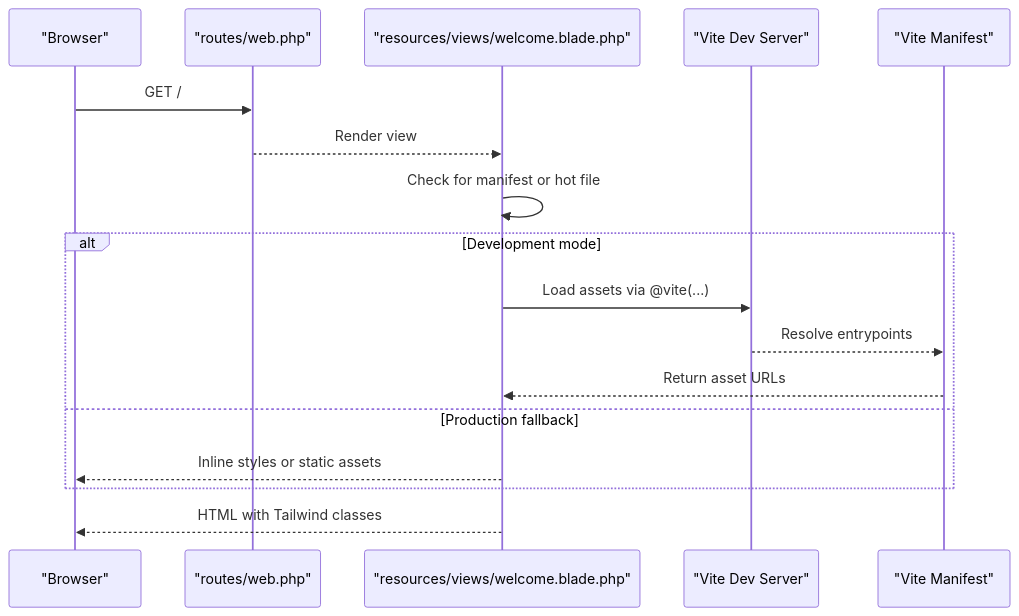
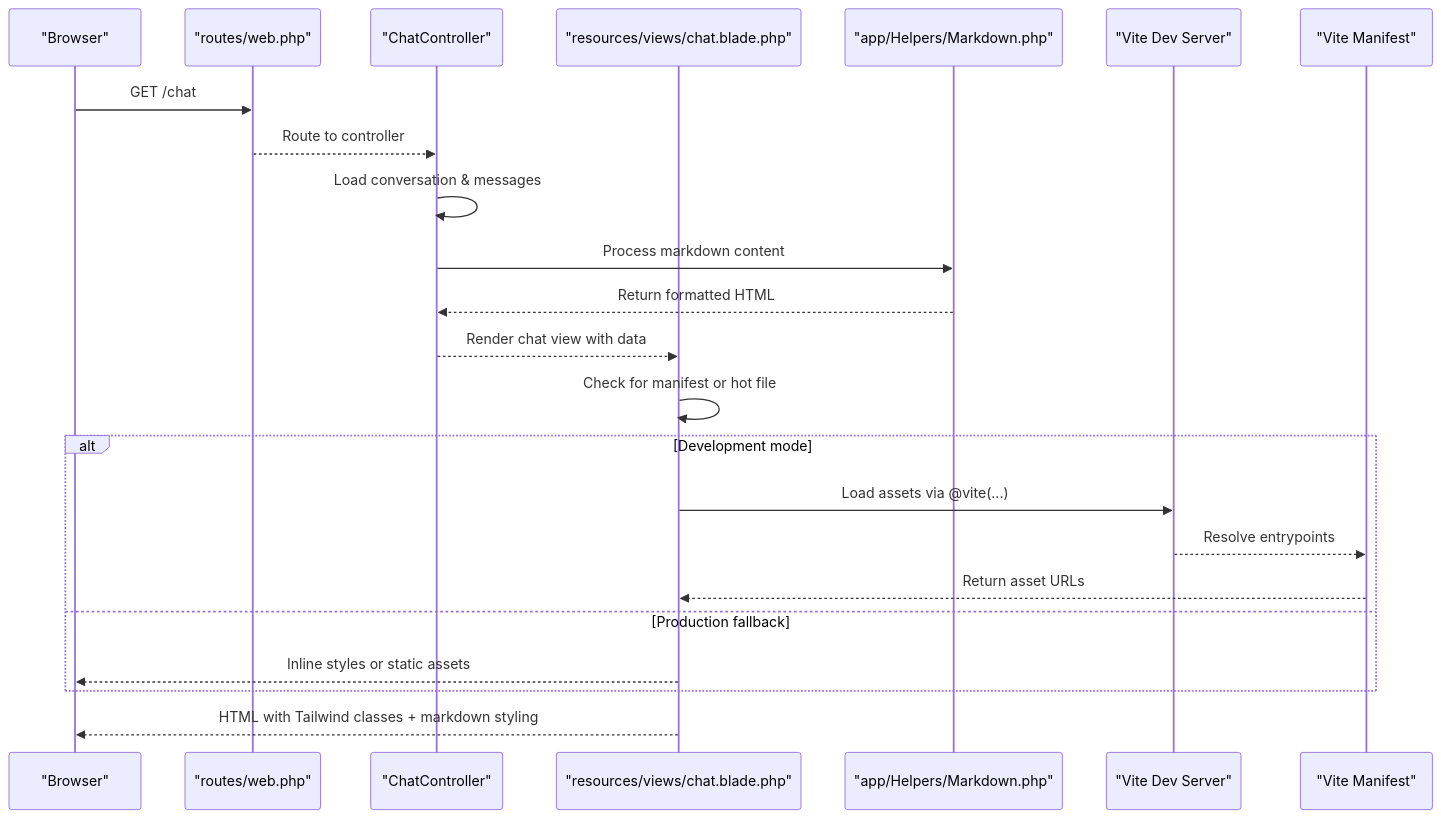
Before and after one commit to siimliimand/laravel-assistant: the second of 3 diagrams in .qoder/repowiki/en/content/Frontend Development/Frontend Development.md, drawn with Mermaid. The commit also changed other lines of this file and 4 other files, not shown here.

First line of the commit message:
docs(frontend): add markdown styling and enhanced chat interface layout

````diff
--- a/.qoder/repowiki/en/content/Frontend Development/Frontend Development.md
+++ b/.qoder/repowiki/en/content/Frontend Development/Frontend Development.md
@@ -102,19 +124,25 @@
 ```mermaid
 sequenceDiagram
 participant Browser as "Browser"
 participant Route as "routes/web.php"
-participant Blade as "resources/views/welcome.blade.php"
+participant ChatCtrl as "ChatController"
+participant Blade as "resources/views/chat.blade.php"
+participant MarkdownHelper as "app/Helpers/Markdown.php"
 participant ViteDev as "Vite Dev Server"
 participant Manifest as "Vite Manifest"
-Browser->>Route : GET /
-Route-->>Blade : Render view
+Browser->>Route : GET /chat
+Route-->>ChatCtrl : Route to controller
+ChatCtrl->>ChatCtrl : Load conversation & messages
+ChatCtrl->>MarkdownHelper : Process markdown content
+MarkdownHelper-->>ChatCtrl : Return formatted HTML
+ChatCtrl-->>Blade : Render chat view with data
 Blade->>Blade : Check for manifest or hot file
 alt Development mode
 Blade->>ViteDev : Load assets via @vite(...)
 ViteDev-->>Manifest : Resolve entrypoints
 Manifest-->>Blade : Return asset URLs
 else Production fallback
 Blade-->>Browser : Inline styles or static assets
 end
-Blade-->>Browser : HTML with Tailwind classes
+Blade-->>Browser : HTML with Tailwind classes + markdown styling
 ```
````
